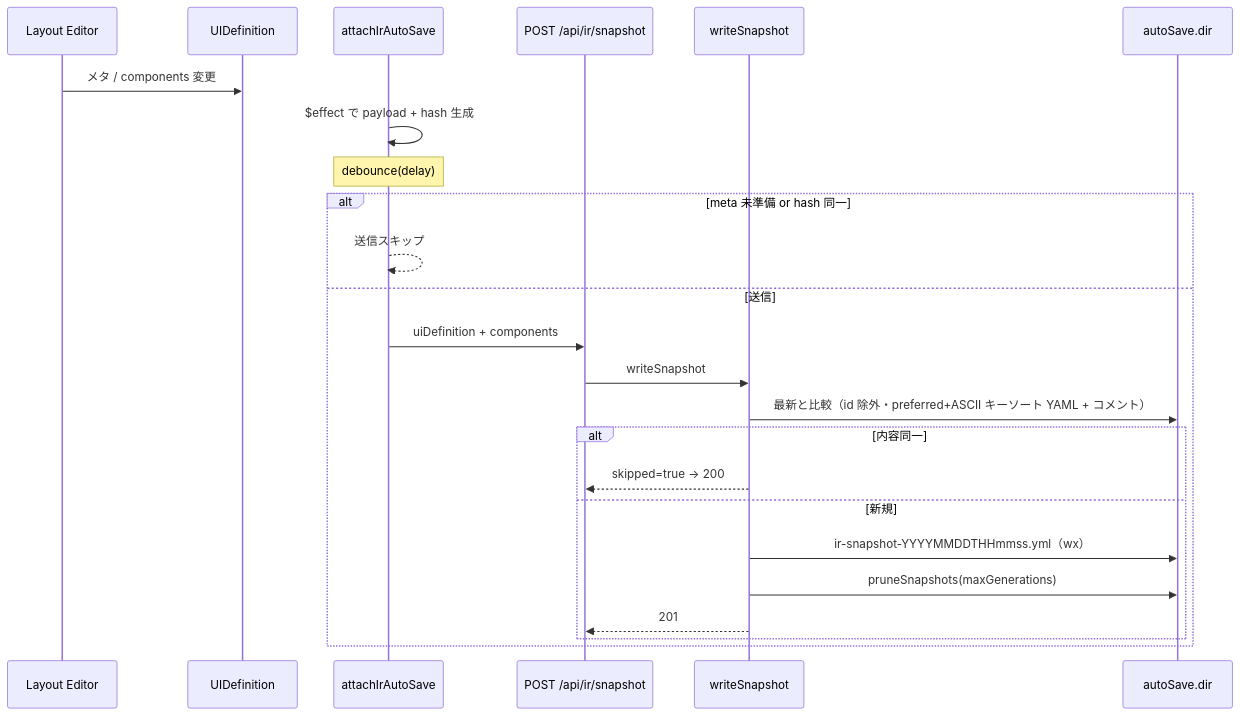
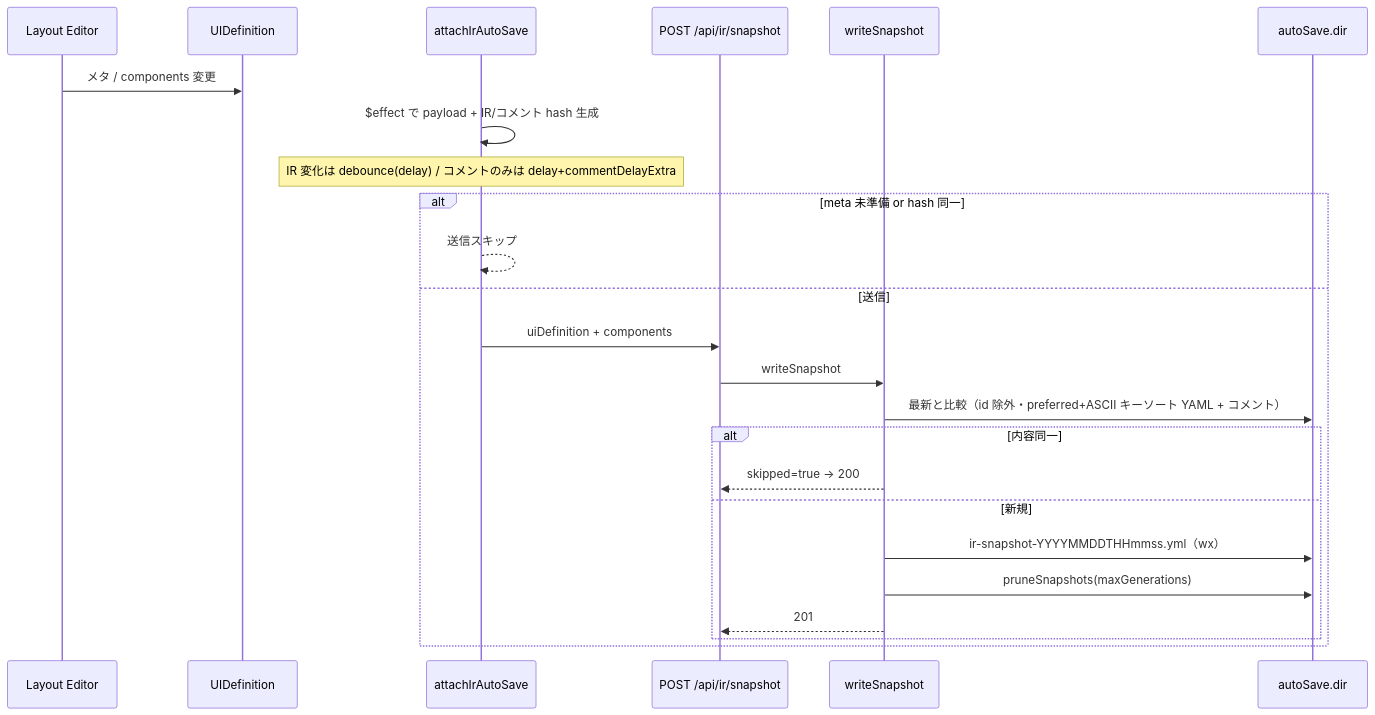
Before and after one commit to tatsuEX/lightweight-ir-modeler: the diagram in docs/use-cases/ir-snapshot-auto-save.md, drawn with Mermaid. The commit also changed other lines of this file and 8 other files, not shown here.

````diff
--- a/docs/use-cases/ir-snapshot-auto-save.md
+++ b/docs/use-cases/ir-snapshot-auto-save.md
@@ -37,27 +47,27 @@
 ```mermaid
 sequenceDiagram
   participant Editor as Layout Editor
   participant Store as UIDefinition
   participant Auto as attachIrAutoSave
   participant API as POST /api/ir/snapshot
   participant IO as writeSnapshot
   participant Disk as autoSave.dir
 
   Editor->>Store: メタ / components 変更
-  Auto->>Auto: $effect で payload + hash 生成
-  Note over Auto: debounce(delay)
+  Auto->>Auto: $effect で payload + IR/コメント hash 生成
+  Note over Auto: IR 変化は debounce(delay) / コメントのみは delay+commentDelayExtra
   alt meta 未準備 or hash 同一
     Auto-->>Auto: 送信スキップ
   else 送信
     Auto->>API: uiDefinition + components
     API->>IO: writeSnapshot
     IO->>Disk: 最新と比較（id 除外・preferred+ASCII キーソート YAML + コメント）
     alt 内容同一
       IO-->>API: skipped=true → 200
     else 新規
       IO->>Disk: ir-snapshot-YYYYMMDDTHHmmss.yml（wx）
       IO->>Disk: pruneSnapshots(maxGenerations)
       IO-->>API: 201
     end
   end
 ```
````
